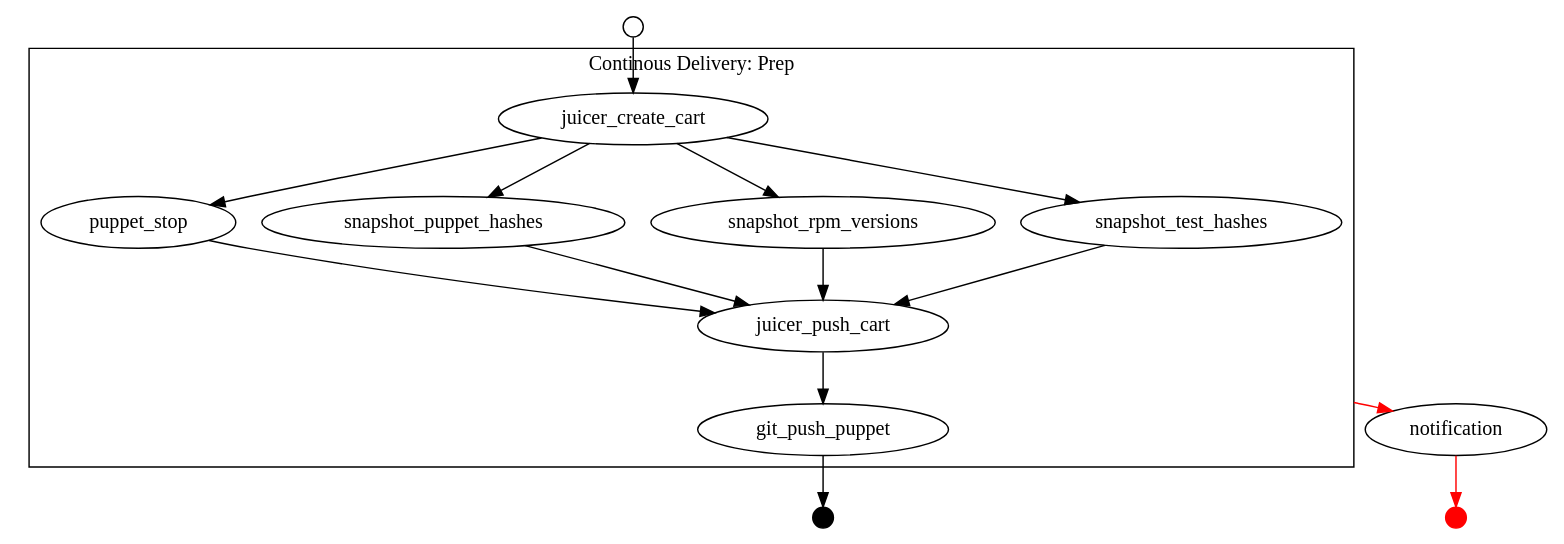
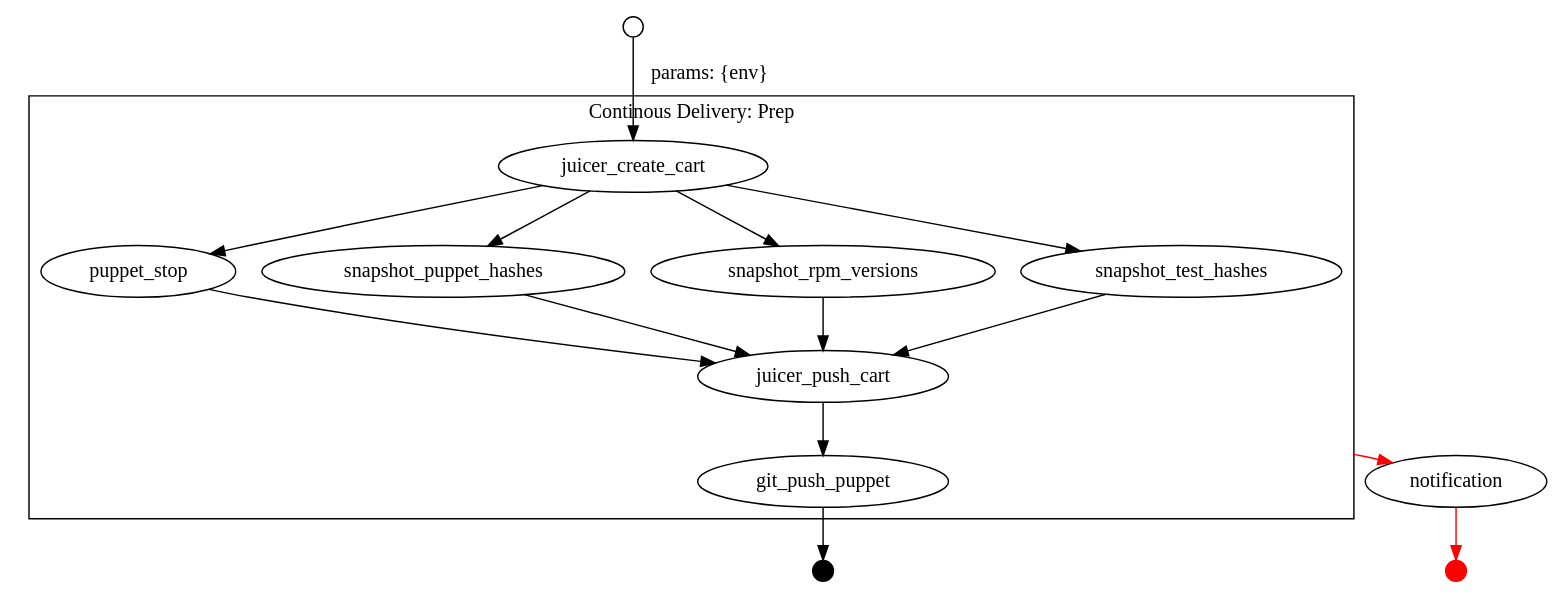
Before and after one commit to lightblue-platform/lightblue-core: the diagram in docs/cicd/continuous-delivery-prep.dot, drawn with Graphviz. The commit also changed 1 other file, not shown here.

Commit message:
Updated labels to pass env param in all places necessary

```diff
--- a/docs/cicd/continuous-delivery-prep.dot
+++ b/docs/cicd/continuous-delivery-prep.dot
@@ -1,21 +1,21 @@
 strict digraph lightblue_cicd {
 compound=true;
 overlap=false;
 splines=true;
 subgraph cluster_CD {
     label="Continous Delivery: Prep";
     juicer_create_cart -> puppet_stop -> juicer_push_cart;
     juicer_create_cart -> snapshot_puppet_hashes -> juicer_push_cart;
     juicer_create_cart -> snapshot_rpm_versions -> juicer_push_cart;
     juicer_create_cart -> snapshot_test_hashes -> juicer_push_cart;
     juicer_push_cart -> git_push_puppet;
 }
 start [label="",shape="circle",width=0.2];
 success [shape="point",width=0.2];
 failure [shape="point",width=0.2,color="red"];
-start -> juicer_create_cart;
+start -> juicer_create_cart [label="params: {env}"];
 git_push_puppet -> success;
 notification -> failure [color="red"];
 // when prep fails
 juicer_push_cart -> notification [ltail=cluster_CD,color="red"];
 }
```
